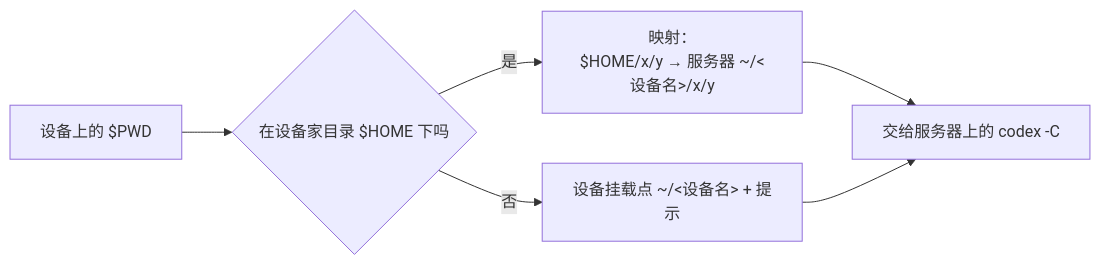
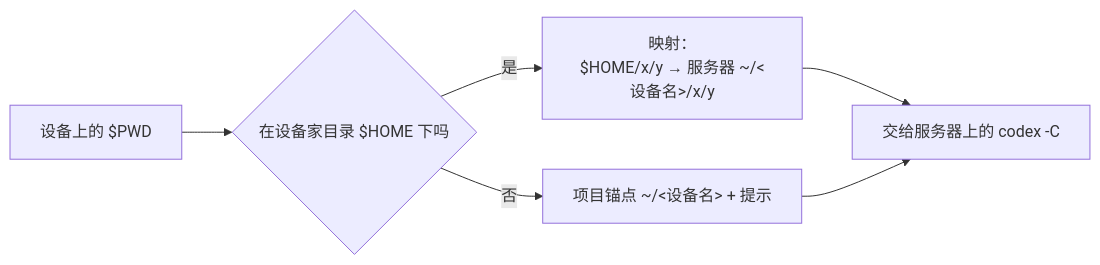
Before and after one commit to MuRain37/device-onboard: the fifth of 5 diagrams in docs/flow.md, drawn with Mermaid. The commit also changed other lines of this file and 3 other files, not shown here.

````diff
--- a/docs/flow.md
+++ b/docs/flow.md
@@ -185,8 +161,8 @@
 ```mermaid
 flowchart LR
     P["设备上的 $PWD"] --> Q{"在设备家目录 $HOME 下吗"}
     Q -- 是 --> R["映射：<br/>$HOME/x/y → 服务器 ~/&lt;设备名&gt;/x/y"]
-    Q -- 否 --> S["设备挂载点 ~/&lt;设备名&gt; + 提示"]
+    Q -- 否 --> S["项目锚点 ~/&lt;设备名&gt; + 提示"]
     R --> T["交给服务器上的 codex -C"]
     S --> T
 ```
````
